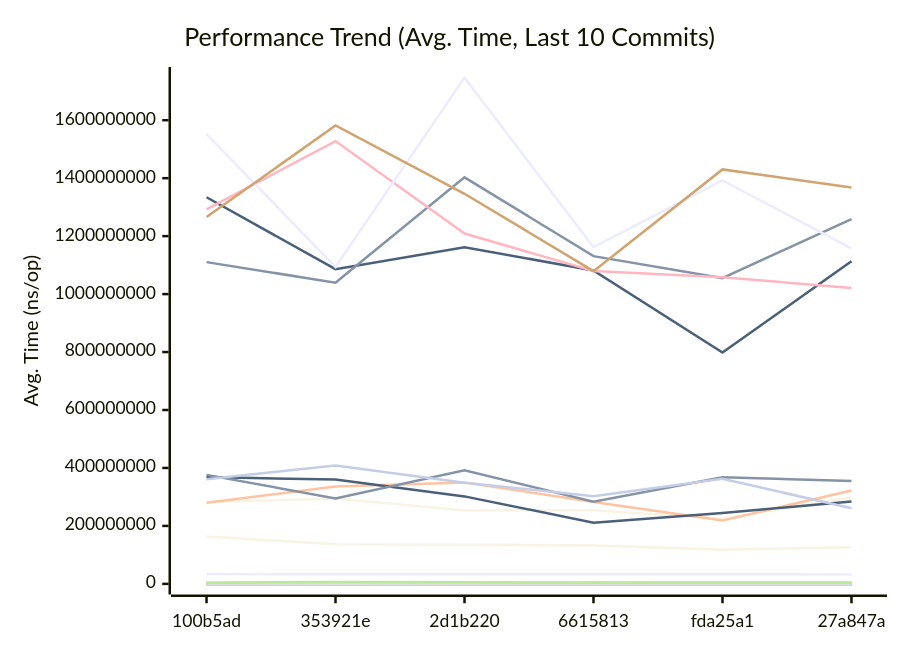
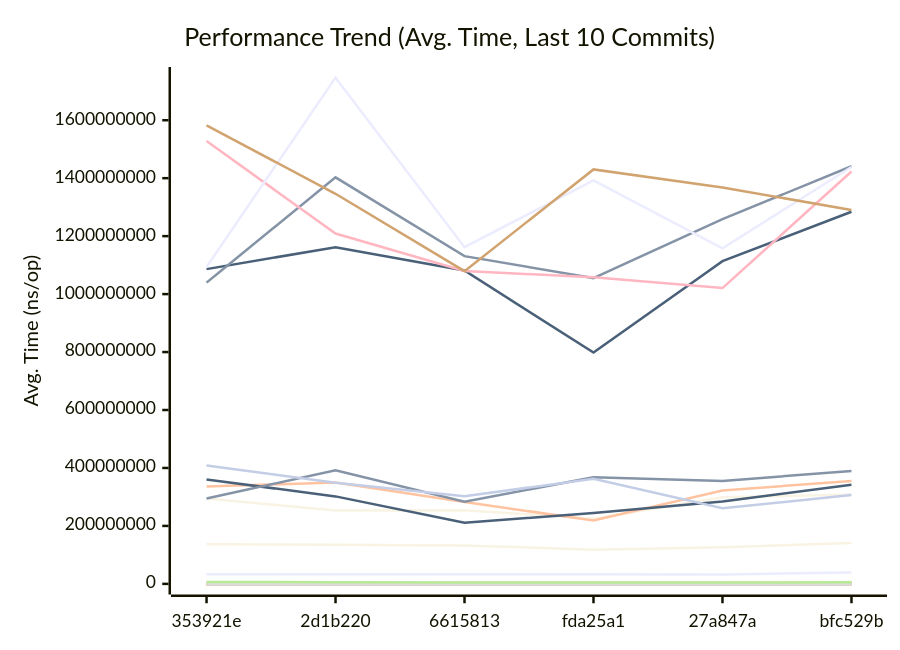
Before and after one commit to alsotoes/momo: the first of 3 diagrams in docs/PERFORMANCE.md, drawn with Mermaid. The commit also changed other lines of this file and 6 other files, not shown here.

````diff
--- a/docs/PERFORMANCE.md
+++ b/docs/PERFORMANCE.md
@@ -260,44 +260,44 @@
 ```mermaid
 xychart-beta
     title "Performance Trend (Avg. Time, Last 10 Commits)"
     x-axis "Commit"
     y-axis "Avg. Time (ns/op)"
-    x-axis [100b5ad,353921e,2d1b220,6615813,fda25a1,27a847a]
-    line "AWSChunkedReaderSigned" [534318,636346,690357,622918,512707,501241,721946,582789,741042,596016]
-    line "AWSChunkedReaderUnsigned" [593403,613680,684347,616129,457742,556893,695362,580668,721611,624951]
-    line "CheckMetricsAndSwap" [11,13,14,14,10,10,14,9,14,13]
-    line "CrushOptimized" [439,383,433,463,354,433,532,484,492,487]
-    line "CrushOriginal" [591,678,598,642,502,597,715,641,734,697]
-    line "FormatListObjectsV2XML_AppendFormat" [913648,876655,1035620,900618,648718,775274,1080271,993577,1117129,928365]
-    line "FormatListObjectsV2XML_OldFormat" [527726,499237,554225,498654,406141,479265,671030,530555,661534,521514]
-    line "HashBytes/1MiB" [3924626,3806841,4997033,4520322,3555390,4784039,3995457,4596495,5621676,4965423]
-    line "HashBytes/256MiB" [1334138916,1086104803,1161959394,1081431052,798133130,1113482493,1284091050,1365990323,1502178110,1211052717]
-    line "HashBytes/64MiB" [282406448,294324496,253497415,254442334,225124511,298951068,308162718,336895373,359262045,339981640]
-    line "HashFile/1MiB" [4730225,4355866,5020414,4836717,3959247,3915050,5430358,4960660,5725417,5039192]
-    line "HashFile/256MiB" [1110334520,1039461142,1402967574,1130963414,1055197690,1258679744,1441073207,1316970291,1477907273,1193078064]
-    line "HashFile/64MiB" [280320210,335648128,350050718,282645449,218474314,322488540,355303054,397283922,342325433,356293580]
-    line "IndexDirectTracking" [1,0,1,1,0,1,1,1,1,0]
-    line "IndexSearch" [2,2,3,2,2,2,3,2,3,2]
-    line "LastModifiedHeader_AppendFormat" [0,0,0,0,0,0,0,273,377,411]
-    line "LastModifiedHeader_Format" [0,0,0,0,0,0,0,359,474,418]
-    line "LoadGlobalConfig" [13477,12586,12915,11283,9939,13465,16787,14343,16534,15639]
-    line "LocalWrite/1MiB" [620083,533203,606315,575526,474416,479322,627788,515217,653242,620492]
-    line "LocalWrite/256MiB" [163107200,137014284,135157963,132539343,118094125,126110483,141240477,133129249,171131397,136595670]
-    line "LocalWrite/64MiB" [34009604,32925149,33266024,33235605,33404598,32661319,39561620,34587683,41271450,35901035]
-    line "PadString" [74,66,65,63,47,69,97,85,78,64]
+    x-axis [353921e,2d1b220,6615813,fda25a1,27a847a,bfc529b]
+    line "AWSChunkedReaderSigned" [636346,690357,622918,512707,501241,721946,582789,741042,596016,541759]
+    line "AWSChunkedReaderUnsigned" [613680,684347,616129,457742,556893,695362,580668,721611,624951,521049]
+    line "CheckMetricsAndSwap" [13,14,14,10,10,14,9,14,13,11]
+    line "CrushOptimized" [383,433,463,354,433,532,484,492,487,522]
+    line "CrushOriginal" [678,598,642,502,597,715,641,734,697,658]
+    line "FormatListObjectsV2XML_AppendFormat" [876655,1035620,900618,648718,775274,1080271,993577,1117129,928365,977381]
+    line "FormatListObjectsV2XML_OldFormat" [499237,554225,498654,406141,479265,671030,530555,661534,521514,565611]
+    line "HashBytes/1MiB" [3806841,4997033,4520322,3555390,4784039,3995457,4596495,5621676,4965423,4315588]
+    line "HashBytes/256MiB" [1086104803,1161959394,1081431052,798133130,1113482493,1284091050,1365990323,1502178110,1211052717,1048575116]
+    line "HashBytes/64MiB" [294324496,253497415,254442334,225124511,298951068,308162718,336895373,359262045,339981640,213869807]
+    line "HashFile/1MiB" [4355866,5020414,4836717,3959247,3915050,5430358,4960660,5725417,5039192,3960989]
+    line "HashFile/256MiB" [1039461142,1402967574,1130963414,1055197690,1258679744,1441073207,1316970291,1477907273,1193078064,1177833636]
+    line "HashFile/64MiB" [335648128,350050718,282645449,218474314,322488540,355303054,397283922,342325433,356293580,288277413]
+    line "IndexDirectTracking" [0,1,1,0,1,1,1,1,0,0]
+    line "IndexSearch" [2,3,2,2,2,3,2,3,2,2]
+    line "LastModifiedHeader_AppendFormat" [0,0,0,0,0,0,273,377,411,306]
+    line "LastModifiedHeader_Format" [0,0,0,0,0,0,359,474,418,381]
+    line "LoadGlobalConfig" [12586,12915,11283,9939,13465,16787,14343,16534,15639,12955]
+    line "LocalWrite/1MiB" [533203,606315,575526,474416,479322,627788,515217,653242,620492,558337]
+    line "LocalWrite/256MiB" [137014284,135157963,132539343,118094125,126110483,141240477,133129249,171131397,136595670,121311016]
+    line "LocalWrite/64MiB" [32925149,33266024,33235605,33404598,32661319,39561620,34587683,41271450,35901035,33613673]
+    line "PadString" [66,65,63,47,69,97,85,78,64,59]
     line "ParseReplicationOrder_NoPrealloc" [350,349,357,354,345,225,229,165,232,234]
     line "ParseReplicationOrder_Prealloc" [229,231,237,234,229,108,107,80,110,109]
-    line "Placement" [7169,6982,6435,6648,4864,6529,7421,7230,7696,7054]
-    line "PlacementDomainSpread" [7367,6165,7125,6936,5246,8024,8867,7769,8677,7666]
-    line "ReadVerify/1MiB" [5893653,4349552,4844958,4821081,3882918,3731377,5836051,3976066,5316396,4787467]
-    line "ReadVerify/256MiB" [1292102083,1527966144,1208865206,1079520105,1058504265,1020754000,1422892660,1249941171,1356438969,1338425672]
-    line "ReadVerify/64MiB" [368423405,360046306,301883250,211152290,244603172,284251269,341875566,317667291,337069645,347180139]
-    line "S3PutSpool/1MiB" [5792248,4040951,5594802,4971787,5964641,5931927,6588614,5572982,6149011,5304842]
-    line "S3PutSpool/256MiB" [1552306291,1093403586,1746985899,1161989262,1392397511,1157791795,1438649885,1075603816,1551204244,1298058993]
-    line "S3PutSpool/64MiB" [376146327,294844128,391765533,283817898,367879613,355148274,389689212,272526470,362667390,347153910]
-    line "SanitizeLog/Safe" [332,277,365,264,226,242,388,301,419,341]
-    line "SanitizeLog/Unsafe" [854,1098,1183,1013,768,930,1274,1021,1210,1000]
-    line "TrustedRead/1MiB" [4314592,6674262,5737318,4407789,4777459,4326085,5334409,5277115,5559663,5638483]
-    line "TrustedRead/256MiB" [1265914846,1581862210,1346158360,1079106743,1430194708,1367894050,1290238092,1112381854,1466748131,1031346576]
-    line "TrustedRead/64MiB" [361331755,408809763,349215436,302381501,362734452,260957497,306360304,291068280,376225072,296255358]
+    line "Placement" [6982,6435,6648,4864,6529,7421,7230,7696,7054,7086]
+    line "PlacementDomainSpread" [6165,7125,6936,5246,8024,8867,7769,8677,7666,6917]
+    line "ReadVerify/1MiB" [4349552,4844958,4821081,3882918,3731377,5836051,3976066,5316396,4787467,3900770]
+    line "ReadVerify/256MiB" [1527966144,1208865206,1079520105,1058504265,1020754000,1422892660,1249941171,1356438969,1338425672,1103105249]
+    line "ReadVerify/64MiB" [360046306,301883250,211152290,244603172,284251269,341875566,317667291,337069645,347180139,259882135]
+    line "S3PutSpool/1MiB" [4040951,5594802,4971787,5964641,5931927,6588614,5572982,6149011,5304842,5592080]
+    line "S3PutSpool/256MiB" [1093403586,1746985899,1161989262,1392397511,1157791795,1438649885,1075603816,1551204244,1298058993,1269281522]
+    line "S3PutSpool/64MiB" [294844128,391765533,283817898,367879613,355148274,389689212,272526470,362667390,347153910,296132654]
+    line "SanitizeLog/Safe" [277,365,264,226,242,388,301,419,341,309]
+    line "SanitizeLog/Unsafe" [1098,1183,1013,768,930,1274,1021,1210,1000,1005]
+    line "TrustedRead/1MiB" [6674262,5737318,4407789,4777459,4326085,5334409,5277115,5559663,5638483,4655498]
+    line "TrustedRead/256MiB" [1581862210,1346158360,1079106743,1430194708,1367894050,1290238092,1112381854,1466748131,1031346576,1173571296]
+    line "TrustedRead/64MiB" [408809763,349215436,302381501,362734452,260957497,306360304,291068280,376225072,296255358,281349472]
 ```
````
